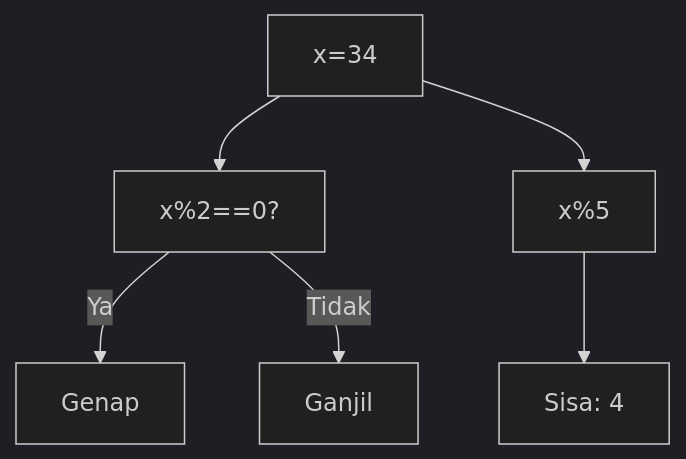
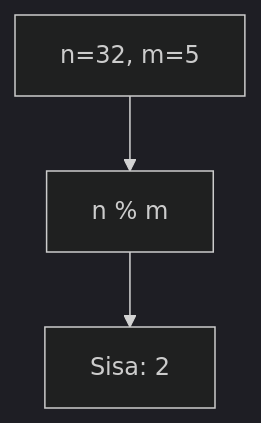
The second of 25 diagrams in part-c-pemahaman-cpp/01-tipe-data/latihan/set-05.md (amnahwaida/OSNK_INF_PREP), drawn with Mermaid (dark theme) before and after one commit. The commit also changed other lines of this file and 71 other files, not shown here.

````diff
--- a/part-c-pemahaman-cpp/01-tipe-data/latihan/set-05.md
+++ b/part-c-pemahaman-cpp/01-tipe-data/latihan/set-05.md
@@ -23,8 +49,5 @@
 ```mermaid
 graph TD
-A["x=34"] --> B["x%2==0?"]
-B -- Ya --> C["Genap"]
-B -- Tidak --> D["Ganjil"]
-A --> E["x%5"]
-E --> F["Sisa: 4"]
+A["n=32, m=5"] --> B["n % m"]
+B --> C["Sisa: 2"]
 ```
````
